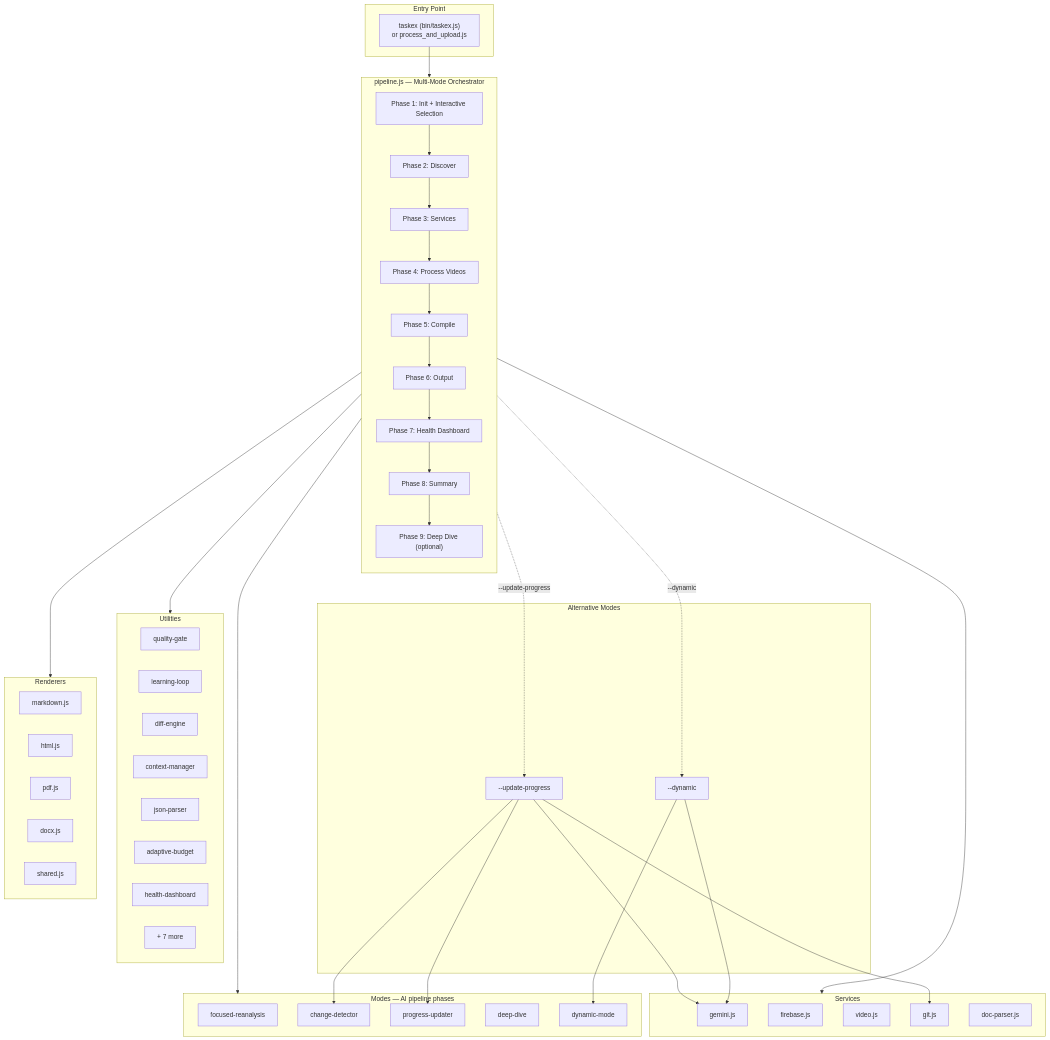
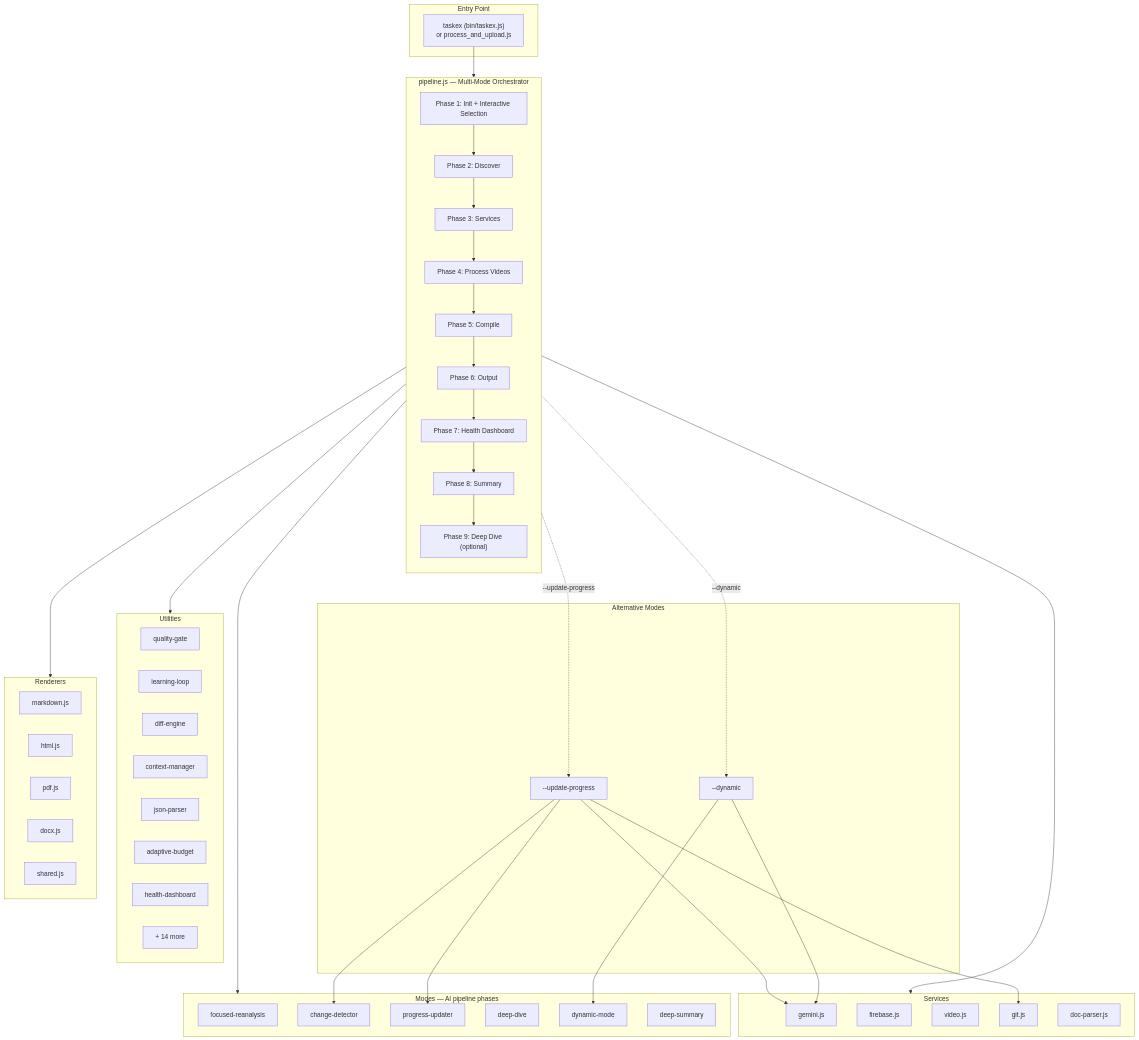
One commit to youssefadel94/task-summary-extractor changed the first of 11 diagrams in ARCHITECTURE.md. Above: the diagram before and after it, drawn with Mermaid. The commit also changed other lines of this file and 4 other files, not shown here.

````diff
--- a/ARCHITECTURE.md
+++ b/ARCHITECTURE.md
@@ -46,75 +46,76 @@
 ```mermaid
 flowchart TB
     subgraph Entry["Entry Point"]
         EP["taskex (bin/taskex.js)\nor process_and_upload.js"]
     end
 
     subgraph Pipeline["pipeline.js — Multi-Mode Orchestrator"]
         direction TB
         P1["Phase 1: Init + Interactive Selection"]
         P2["Phase 2: Discover"]
         P3["Phase 3: Services"]
         P4["Phase 4: Process Videos"]
         P5["Phase 5: Compile"]
         P6["Phase 6: Output"]
         P7["Phase 7: Health Dashboard"]
         P8["Phase 8: Summary"]
         P9["Phase 9: Deep Dive (optional)"]
 
         P1 --> P2 --> P3 --> P4 --> P5 --> P6 --> P7 --> P8 --> P9
     end
 
     subgraph AltModes["Alternative Modes"]
         UP["--update-progress"]
         DYN["--dynamic"]
     end
 
     subgraph Services["Services"]
         GEM["gemini.js"]
         FB["firebase.js"]
         VID["video.js"]
         GIT["git.js"]
         DP["doc-parser.js"]
     end
 
     subgraph Utils["Utilities"]
         QG["quality-gate"]
         LL["learning-loop"]
         DE["diff-engine"]
         CM["context-manager"]
         JP["json-parser"]
         AB["adaptive-budget"]
         HD["health-dashboard"]
-        OT["+ 7 more"]
+        OT["+ 14 more"]
     end
 
     subgraph Modes["Modes — AI pipeline phases"]
         FR["focused-reanalysis"]
         CD["change-detector"]
         PU["progress-updater"]
         DD["deep-dive"]
         DM["dynamic-mode"]
+        DS["deep-summary"]
     end
 
     subgraph Renderers["Renderers"]
         MD["markdown.js"]
         HTML["html.js"]
         PDF["pdf.js"]
         DOCX["docx.js"]
         SHARED["shared.js"]
     end
 
     EP --> Pipeline
     P1 -.->|"--update-progress"| UP
     P1 -.->|"--dynamic"| DYN
     Pipeline --> Services
     Pipeline --> Utils
     Pipeline --> Modes
     Pipeline --> Renderers
     UP --> GIT
     UP --> CD
     UP --> PU
     UP --> GEM
     DYN --> DM
     DYN --> GEM
 ```
````
